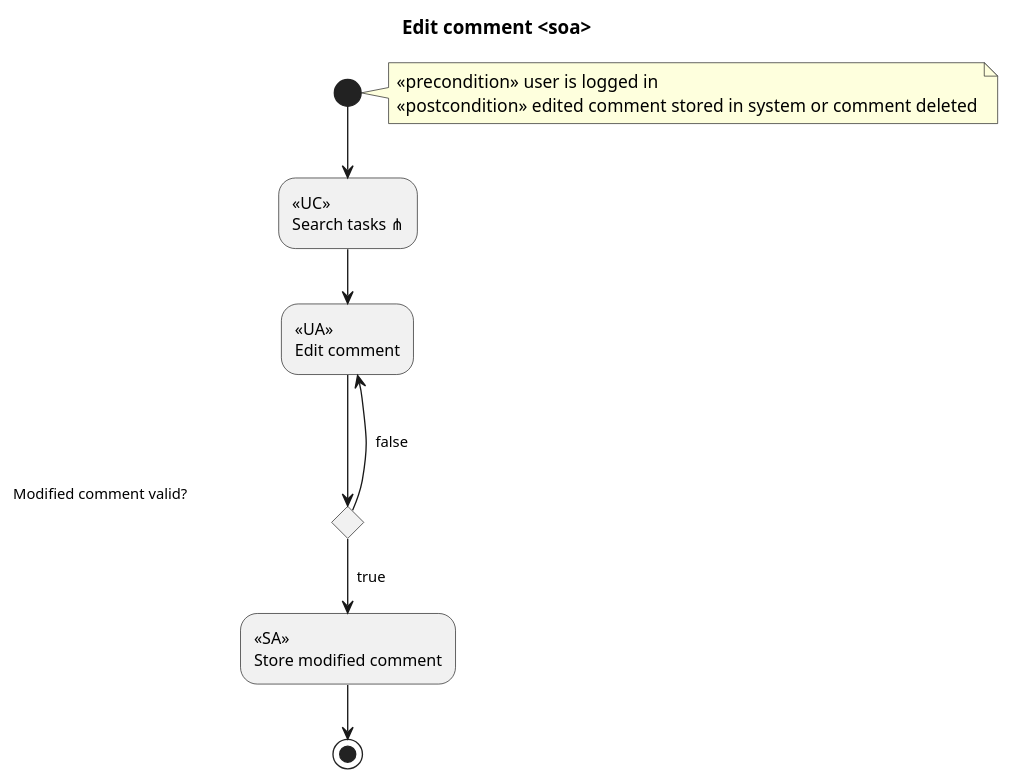
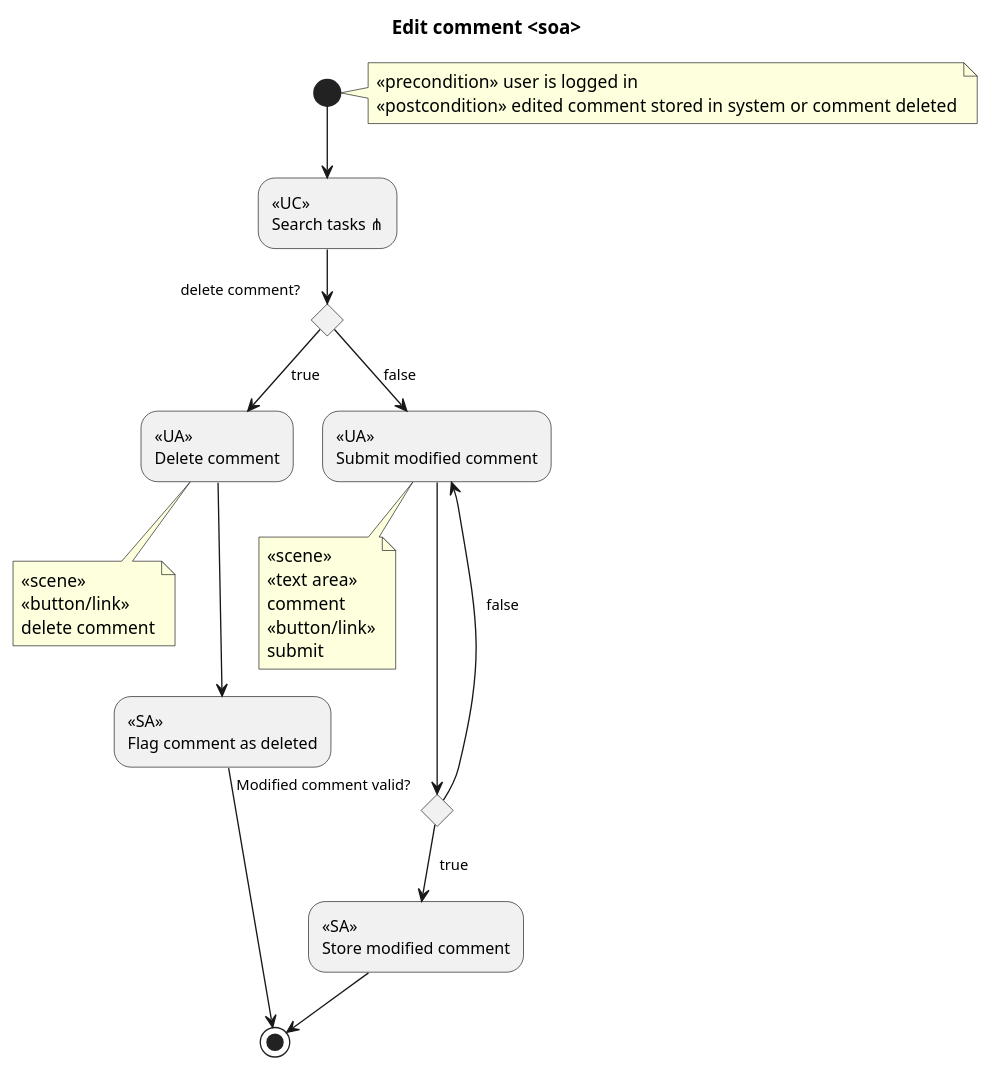
Before and after one commit to bzg/bugpile: diagram 37 of 40 in doc/worg/org-contrib/gsoc2012/student-projects/bugpile/i.org, drawn with PlantUML. The commit also changed other lines of this file and 2 other files, not shown here.

Commit message:
i.org tutorial on worg: use case diagrams written.

```diff
--- a/doc/worg/org-contrib/gsoc2012/student-projects/bugpile/i.org
+++ b/doc/worg/org-contrib/gsoc2012/student-projects/bugpile/i.org
@@ -1400,12 +1456,20 @@
 #+begin_src plantuml :file ../../../../images/gsoc/2012/bugpile/edit-comment-uml-soa.png 
   title Edit comment <soa>
   note right: <<precondition>> user is logged in\n<<postcondition>> edited comment stored in system or comment deleted
   (*) --> "<<UC>>\nSearch tasks ⋔" 
-  --> "<<UA>>\nEdit comment"
-  if "Modified comment valid?                                   " then
-      --> [  true] "<<SA>>\nStore modified comment"
-      -->  (*)
- else
-      ---> [  false] "<<UA>>\nEdit comment"
- endif
+  if "                                   delete comment?" then
+    --> [true] "<<UA>>\nDelete comment"
+    note bottom: <<scene>>\n<<button/link>>\ndelete comment
+  --> "<<SA>>\nFlag comment as deleted"
+    --> (*)
+  else
+    --> [false] "<<UA>>\nSubmit modified comment"
+        note bottom: <<scene>>\n<<text area>>\ncomment\n<<button/link>>\nsubmit
+         if "                                            Modified comment valid?" then
+             --> [  true] "<<SA>>\nStore modified comment"
+              -->  (*)
+         else
+             ---> [  false] "<<UA>>\nSubmit modified comment"
+         endif
+    endif
 #+end_src
```
